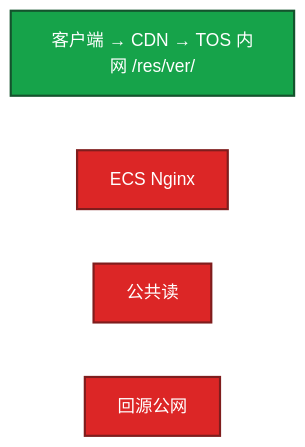
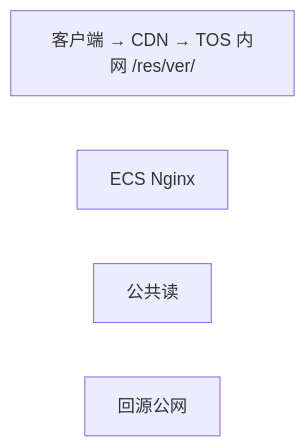
The fourth of 6 diagrams in 06-云平台/08-火山引擎生产/练习题.md (ml-cuizijun/LearnToLilith), drawn with Mermaid before and after one commit. The commit also changed other lines of this file and 470 other files, not shown here.

````diff
--- a/06-云平台/08-火山引擎生产/练习题.md
+++ b/06-云平台/08-火山引擎生产/练习题.md
@@ -166,11 +159,7 @@
 ```mermaid
 flowchart LR
-    ok[客户端 → CDN → TOS 内网 /res/ver/]
-    bad1[ECS Nginx]
-    bad2[公共读]
-    bad3[回源公网]
-    classDef o fill:#16A34A,stroke:#14532D,stroke-width:2px,color:#fff
-    classDef x fill:#DC2626,stroke:#7F1D1D,stroke-width:2px,color:#fff
-    class ok o
-    class bad1,bad2,bad3 x
+    ok["客户端 → CDN → TOS 内网 /res/ver/"]
+    bad1["ECS Nginx"]
+    bad2["公共读"]
+    bad3["回源公网"]
 ```
````
